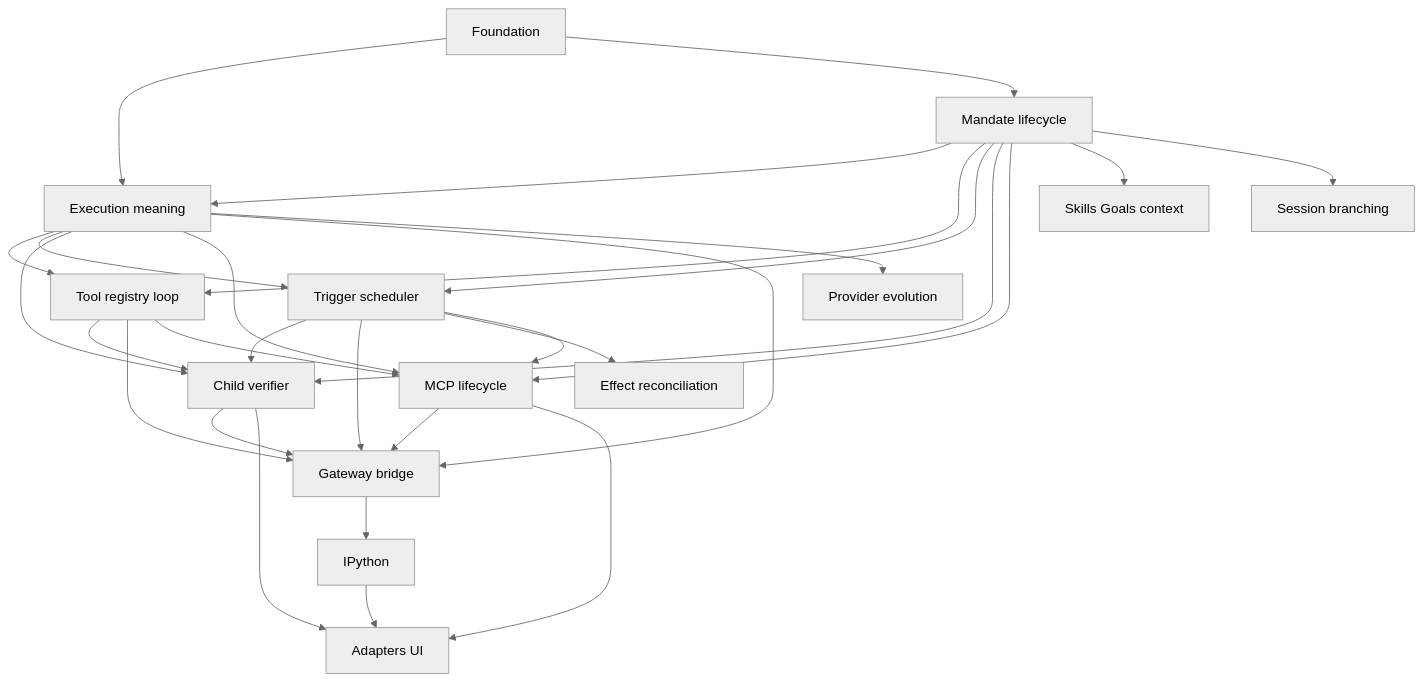
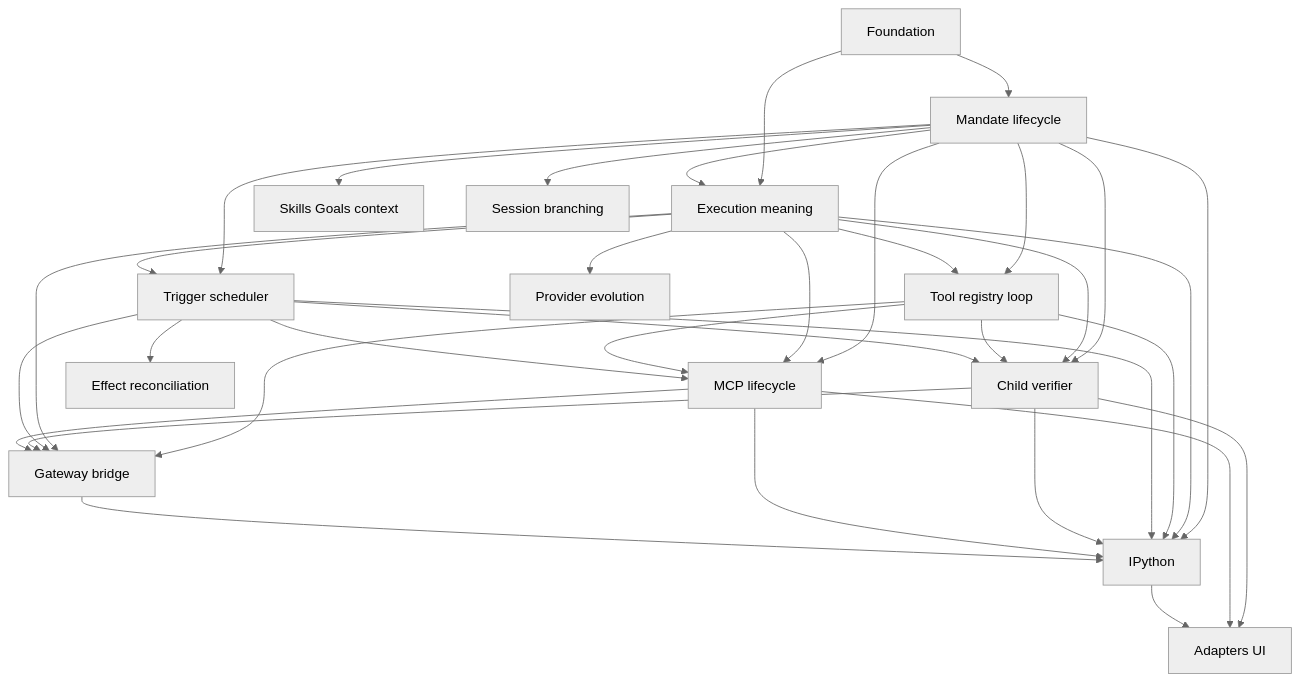
One commit to y0tsy/intention-relay changed the diagram in docs/intention-relay/reconciliation/ownership-and-dependency-map.md. Above: the diagram before and after it, drawn with Mermaid (neutral theme). The commit also changed other lines of this file and 23 other files, not shown here.

Commit message:
docs(architecture): define run-scoped kernel lifecycle

````diff
--- a/docs/intention-relay/reconciliation/ownership-and-dependency-map.md
+++ b/docs/intention-relay/reconciliation/ownership-and-dependency-map.md
@@ -25,31 +26,37 @@
 ```mermaid
 flowchart TD
   F[Foundation] --> E[Execution meaning]
   F --> M[Mandate lifecycle]
   M --> E
   M --> T[Tool registry loop]
   E --> T
   M --> S[Trigger scheduler]
   E --> S
   M --> C[Child verifier]
   E --> C
   T --> C
   S --> C
   M --> P[MCP lifecycle]
   E --> P
   T --> G[Gateway bridge]
   E --> G
   S --> G
   C --> G
   P --> G
+  M --> I[IPython]
+  E --> I
+  T --> I
+  S --> I
+  C --> I
+  P --> I
   S --> X[Effect reconciliation]
   T --> P
   S --> P
   M --> K[Skills Goals context]
-  G --> I[IPython]
+  G --> I
   E --> V[Provider evolution]
   M --> B[Session branching]
   C --> U[Adapters UI]
   P --> U
   I --> U
 ```
````
